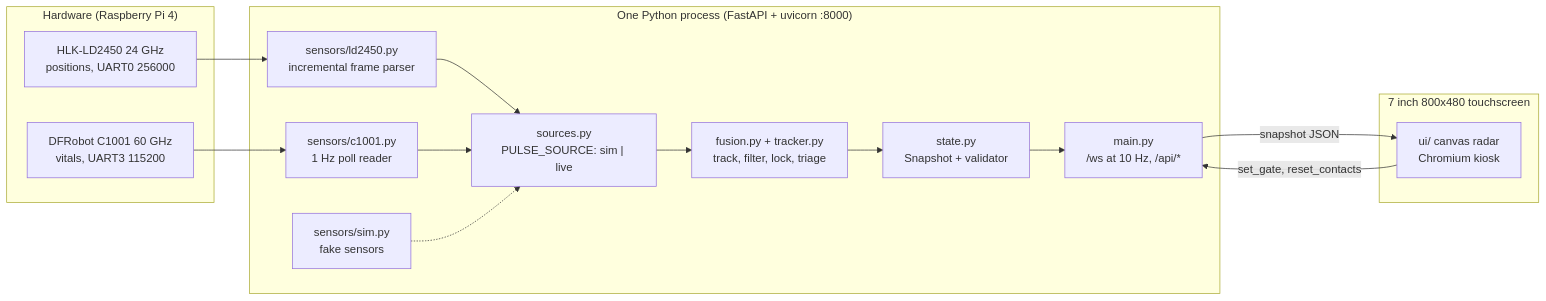
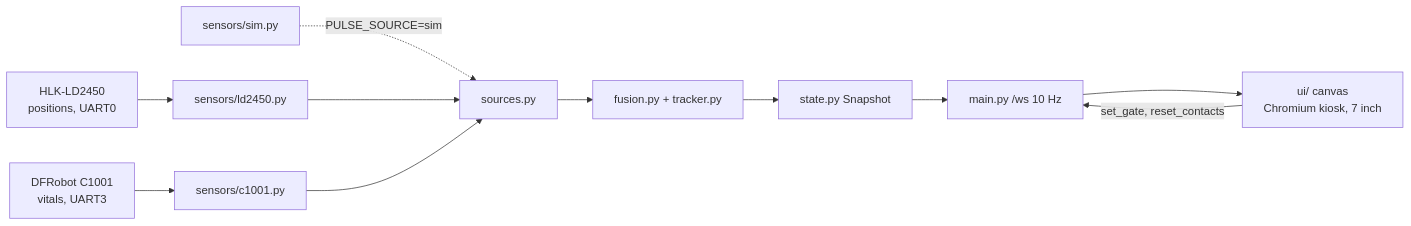
Before and after one commit to ar1shah/pulse: the first of 2 diagrams in README.md, drawn with Mermaid. The commit also changed other lines of this file and 2 other files, not shown here.

````diff
--- a/README.md
+++ b/README.md
@@ -38,28 +81,13 @@
 ```mermaid
 flowchart LR
-    subgraph Sensors["Hardware (Raspberry Pi 4)"]
-        LD["HLK-LD2450 24 GHz<br/>positions, UART0 256000"]
-        C1["DFRobot C1001 60 GHz<br/>vitals, UART3 115200"]
-    end
-
-    subgraph Server["One Python process (FastAPI + uvicorn :8000)"]
-        R1["sensors/ld2450.py<br/>incremental frame parser"]
-        R2["sensors/c1001.py<br/>1 Hz poll reader"]
-        SIM["sensors/sim.py<br/>fake sensors"]
-        SRC["sources.py<br/>PULSE_SOURCE: sim | live"]
-        FUS["fusion.py + tracker.py<br/>track, filter, lock, triage"]
-        ST["state.py<br/>Snapshot + validator"]
-        WS["main.py<br/>/ws at 10 Hz, /api/*"]
-    end
-
-    subgraph Screen["7 inch 800x480 touchscreen"]
-        UI["ui/ canvas radar<br/>Chromium kiosk"]
-    end
-
-    LD --> R1 --> SRC
-    C1 --> R2 --> SRC
-    SIM -.-> SRC
-    SRC --> FUS --> ST --> WS
-    WS -->|"snapshot JSON"| UI
-    UI -->|"set_gate, reset_contacts"| WS
+  LD["HLK-LD2450<br/>positions, UART0"] --> R1["sensors/ld2450.py"]
+  C1["DFRobot C1001<br/>vitals, UART3"] --> R2["sensors/c1001.py"]
+  SIM["sensors/sim.py"] -.->|PULSE_SOURCE=sim| SRC["sources.py"]
+  R1 --> SRC
+  R2 --> SRC
+  SRC --> FUS["fusion.py + tracker.py"]
+  FUS --> ST["state.py Snapshot"]
+  ST --> WS["main.py /ws 10 Hz"]
+  WS --> UI["ui/ canvas<br/>Chromium kiosk, 7 inch"]
+  UI -->|"set_gate, reset_contacts"| WS
 ```
````
